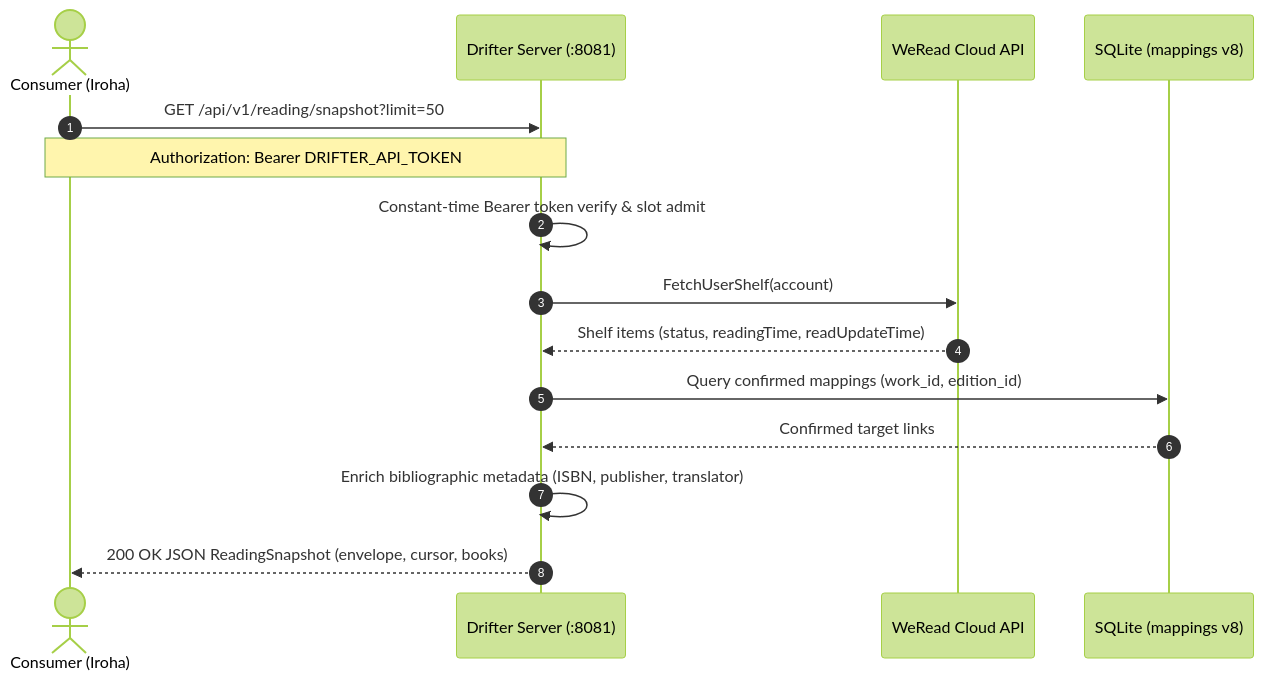
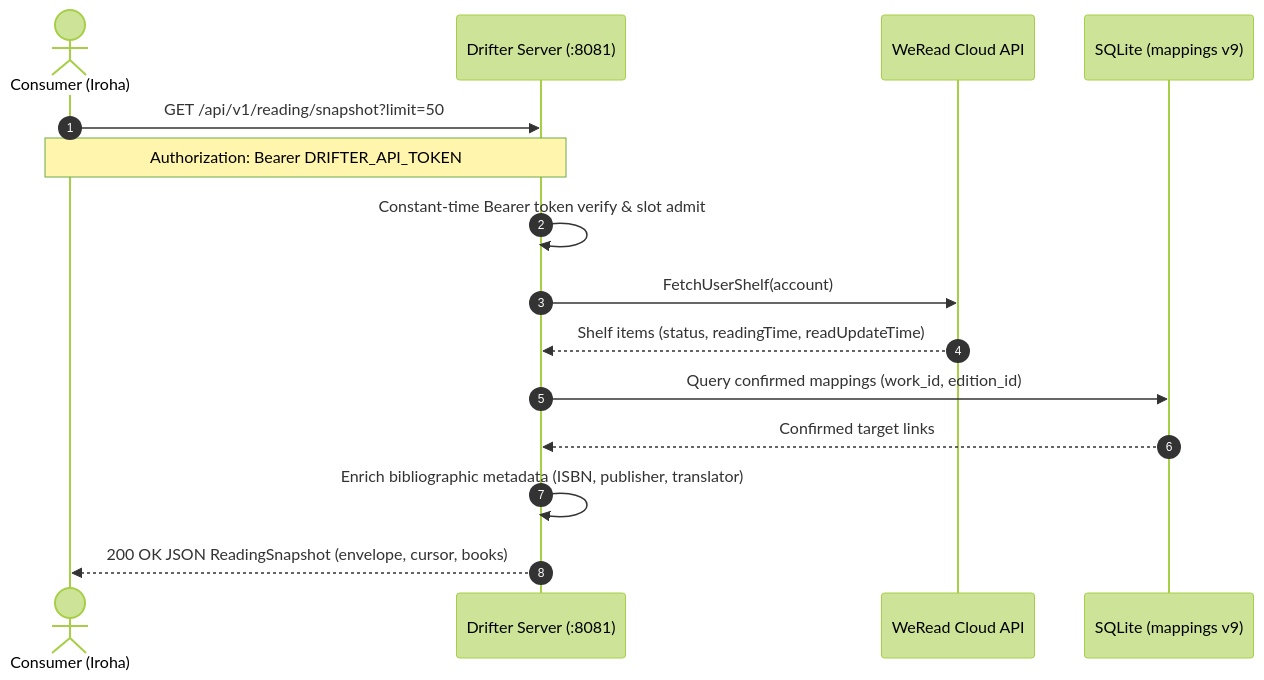
Before and after one commit to azusachino/drifter: the first of 2 diagrams in docs/server.md, drawn with Mermaid (forest theme). The commit also changed other lines of this file and 56 other files, not shown here.

````diff
--- a/docs/server.md
+++ b/docs/server.md
@@ -87,18 +88,18 @@
 ```mermaid
 sequenceDiagram
   autonumber
   actor Consumer as Consumer (Iroha)
   participant Server as Drifter Server (:8081)
   participant WeRead as WeRead Cloud API
-  participant Store as SQLite (mappings v8)
+  participant Store as SQLite (mappings v9)
 
   Consumer->>Server: GET /api/v1/reading/snapshot?limit=50
   Note over Consumer,Server: Authorization: Bearer DRIFTER_API_TOKEN
   Server->>Server: Constant-time Bearer token verify & slot admit
   Server->>WeRead: FetchUserShelf(account)
   WeRead-->>Server: Shelf items (status, readingTime, readUpdateTime)
   Server->>Store: Query confirmed mappings (work_id, edition_id)
   Store-->>Server: Confirmed target links
   Server->>Server: Enrich bibliographic metadata (ISBN, publisher, translator)
   Server-->>Consumer: 200 OK JSON ReadingSnapshot (envelope, cursor, books)
 ```
````
